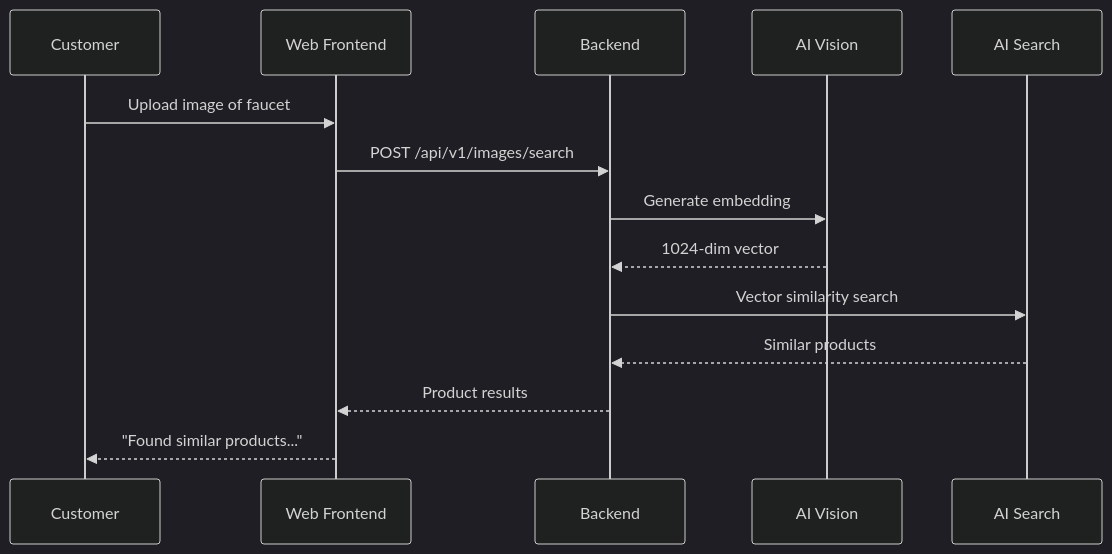
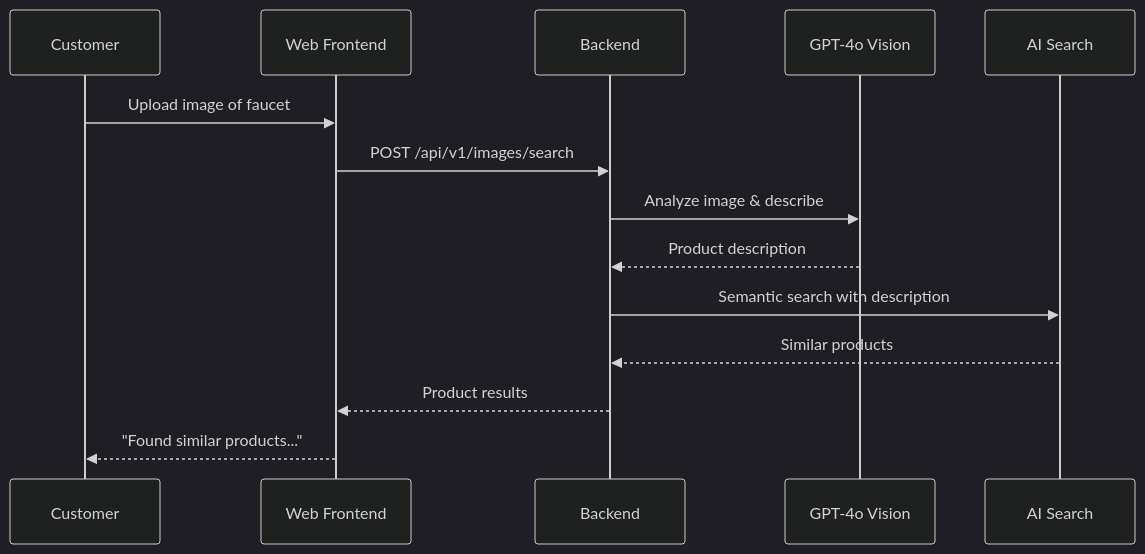
One commit to DeepMalh44/KetzAgenticEcomm changed the second of 2 diagrams in README.md. Above: the diagram before and after it, drawn with Mermaid (dark theme). The commit also changed other lines of this file, not shown here.

First line of the commit message:
Update README with comprehensive architecture documentation

````diff
--- a/README.md
+++ b/README.md
@@ -260,17 +421,17 @@
 ```mermaid
 sequenceDiagram
     participant C as Customer
     participant W as Web Frontend
     participant B as Backend
-    participant V as AI Vision
+    participant G as GPT-4o Vision
     participant S as AI Search
     
     C->>W: Upload image of faucet
     W->>B: POST /api/v1/images/search
-    B->>V: Generate embedding
-    V-->>B: 1024-dim vector
-    B->>S: Vector similarity search
+    B->>G: Analyze image & describe
+    G-->>B: Product description
+    B->>S: Semantic search with description
     S-->>B: Similar products
     B-->>W: Product results
     W-->>C: "Found similar products..."
 ```
````
